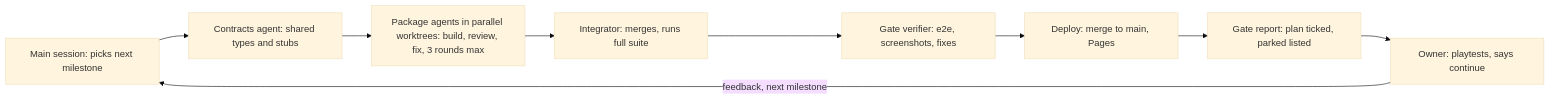
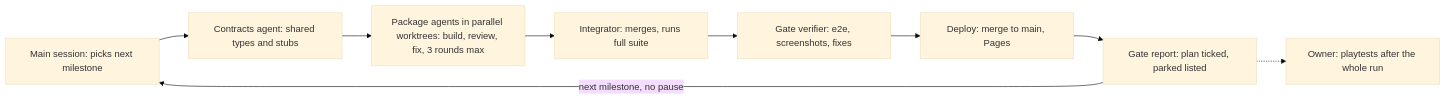
Before and after one commit to izzardry/spellplane: the diagram in docs/PLAN.md, drawn with Mermaid (base theme). The commit also changed other lines of this file and 1 other file, not shown here.

Commit message:
Switch plan and prompt to an unattended run through all milestones

````diff
--- a/docs/PLAN.md
+++ b/docs/PLAN.md
@@ -252,11 +252,11 @@
 ```mermaid
 flowchart LR
   main[Main session: picks next milestone] --> contracts[Contracts agent: shared types and stubs]
   contracts --> packages[Package agents in parallel worktrees: build, review, fix, 3 rounds max]
   packages --> integrator[Integrator: merges, runs full suite]
   integrator --> gate[Gate verifier: e2e, screenshots, fixes]
   gate --> deploy[Deploy: merge to main, Pages]
   deploy --> report[Gate report: plan ticked, parked listed]
-  report --> owner[Owner: playtests, says continue]
-  owner -->|feedback, next milestone| main
+  report -->|next milestone, no pause| main
+  report -.-> owner[Owner: playtests after the whole run]
 ```
````
